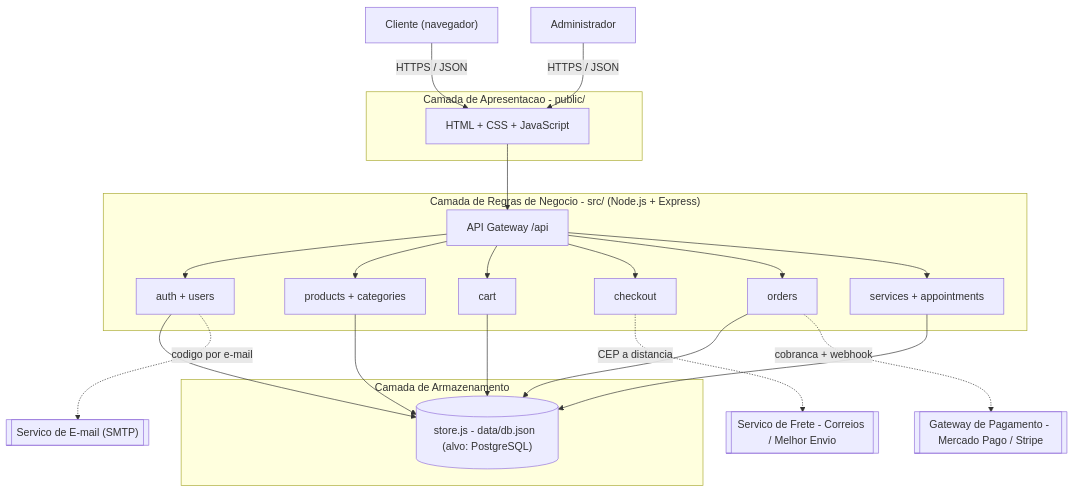
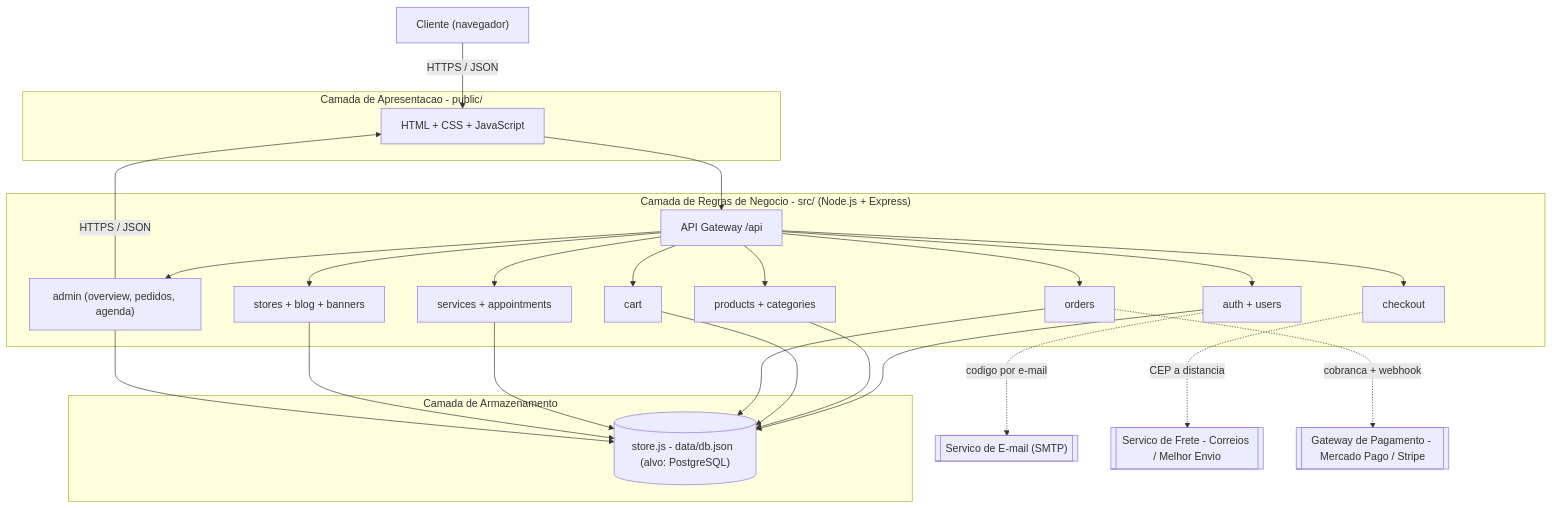
One commit to Endrigo413/focinho-feliz-petshop changed the first of 4 diagrams in docs/DOCUMENTACAO.md. Above: the diagram before and after it, drawn with Mermaid. The commit also changed other lines of this file and 7 other files, not shown here.

````diff
--- a/docs/DOCUMENTACAO.md
+++ b/docs/DOCUMENTACAO.md
@@ -107,37 +131,41 @@
 ```mermaid
 flowchart TD
   CLI["Cliente (navegador)"]
   ADM["Administrador"]
   CLI -->|HTTPS / JSON| FE
   ADM -->|HTTPS / JSON| FE
 
   subgraph AP["Camada de Apresentacao - public/"]
     FE["HTML + CSS + JavaScript"]
   end
 
   FE --> GW
 
   subgraph NG["Camada de Regras de Negocio - src/ (Node.js + Express)"]
     GW["API Gateway  /api"]
     GW --> AUTH["auth + users"]
     GW --> PROD["products + categories"]
     GW --> CART["cart"]
     GW --> CHK["checkout"]
     GW --> ORD["orders"]
     GW --> SVC["services + appointments"]
+    GW --> CONT["stores + blog + banners"]
+    GW --> ADM["admin (overview, pedidos, agenda)"]
   end
 
   subgraph DA["Camada de Armazenamento"]
     DB[("store.js - data/db.json  (alvo: PostgreSQL)")]
   end
 
   AUTH --> DB
   PROD --> DB
   CART --> DB
   ORD --> DB
   SVC --> DB
+  CONT --> DB
+  ADM --> DB
 
   AUTH -.->|codigo por e-mail| MAIL[["Servico de E-mail (SMTP)"]]
   CHK -.->|CEP a distancia| SHIP[["Servico de Frete - Correios / Melhor Envio"]]
   ORD -.->|cobranca + webhook| PAY[["Gateway de Pagamento - Mercado Pago / Stripe"]]
 ```
````
